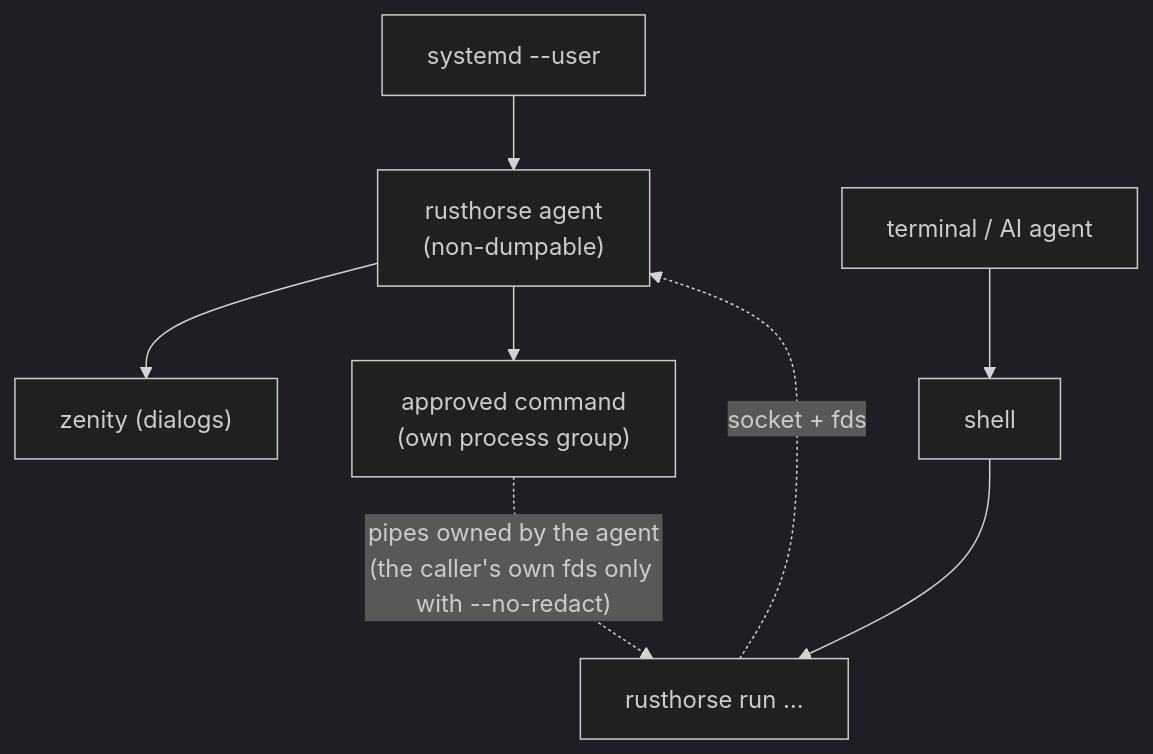
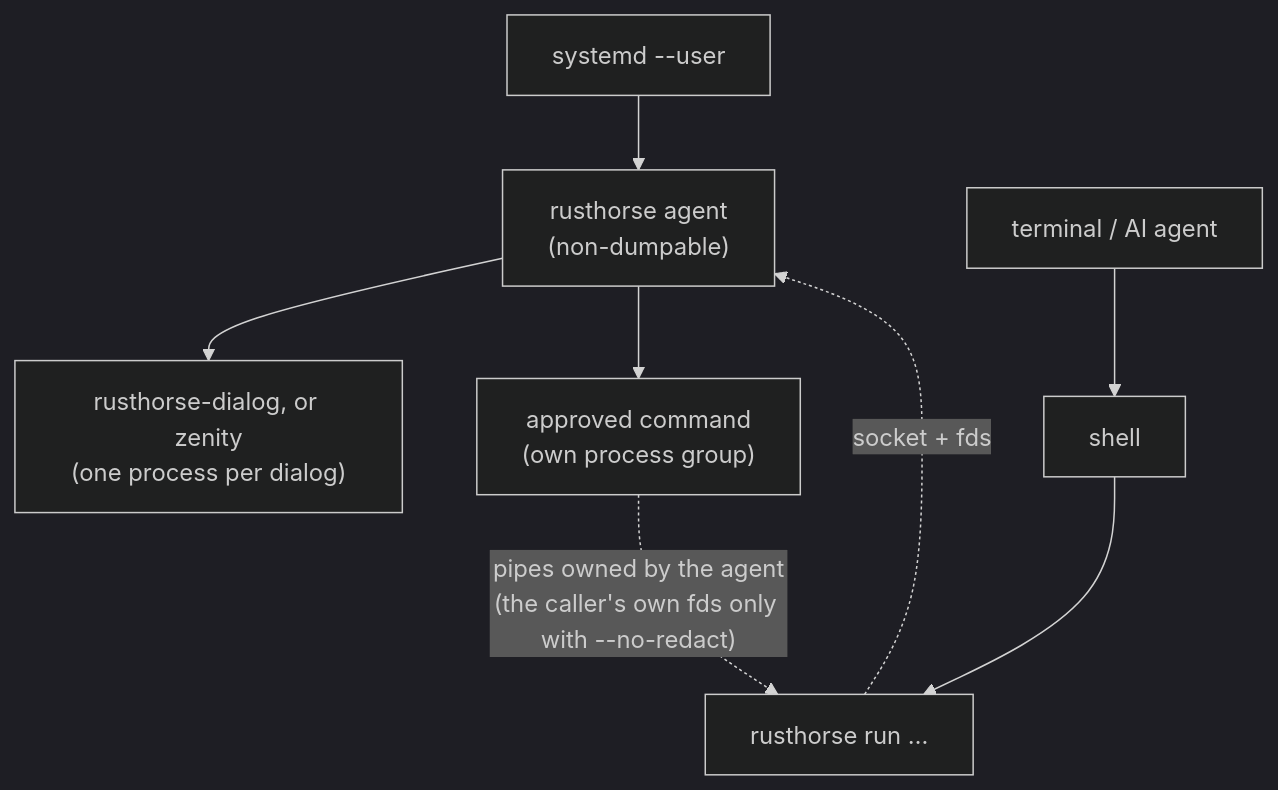
Before and after one commit to Alle4you/rusthorse: the second of 3 diagrams in docs/architecture.md, drawn with Mermaid (dark theme). The commit also changed other lines of this file and 17 other files, not shown here.

````diff
--- a/docs/architecture.md
+++ b/docs/architecture.md
@@ -49,9 +51,9 @@
 ```mermaid
 flowchart TB
     systemd["systemd --user"] --> agent["rusthorse agent<br/>(non-dumpable)"]
-    agent --> zenity["zenity (dialogs)"]
+    agent --> dialog["rusthorse-dialog, or zenity<br/>(one process per dialog)"]
     agent --> cmd["approved command<br/>(own process group)"]
     terminal["terminal / AI agent"] --> shell["shell"] --> cli["rusthorse run …"]
     cli -. "socket + fds" .-> agent
     cmd -. "pipes owned by the agent<br/>(the caller's own fds only with --no-redact)" .-> cli
 ```
````
